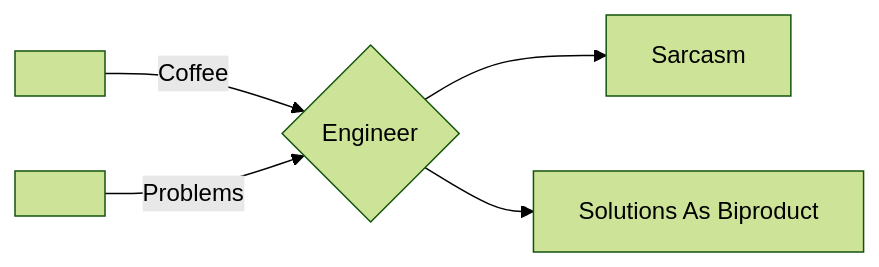
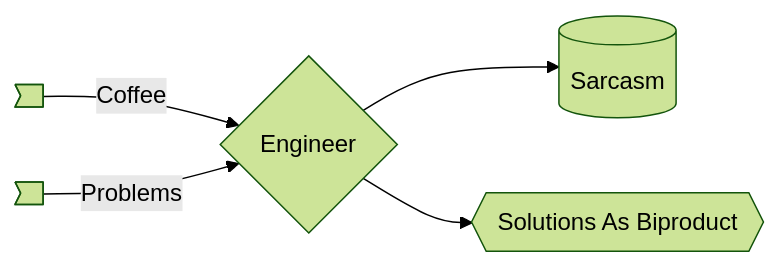
The diagram in README.md (apakhbari/apakhbari), drawn with Mermaid (forest theme) before and after one commit.

````diff
--- a/README.md
+++ b/README.md
@@ -3,7 +3,7 @@
 ```mermaid
 graph LR;
-A[ ]-- Coffee -->C{Engineer};
-B[ ]-- Problems -->C{Engineer};
-C{Engineer}-->E[Sarcasm];
-C{Engineer}-->D[Solutions As Biproduct];
+A> ]-- Coffee -->C{Engineer};
+B> ]-- Problems -->C{Engineer};
+C{Engineer}-->E[(Sarcasm)];
+C{Engineer}-->D{{Solutions As Biproduct}};
 ```
````
